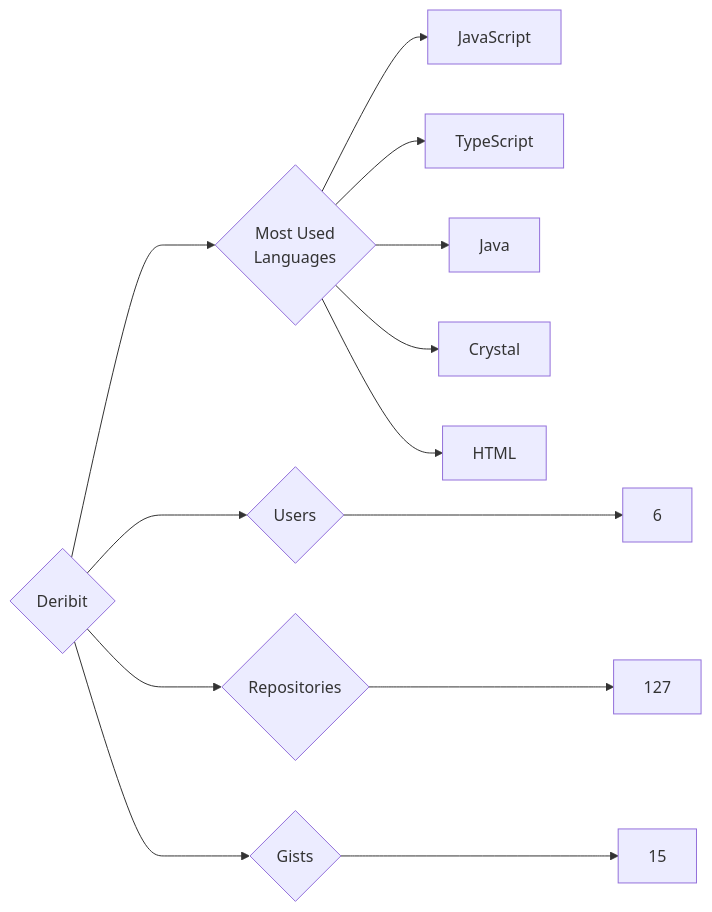
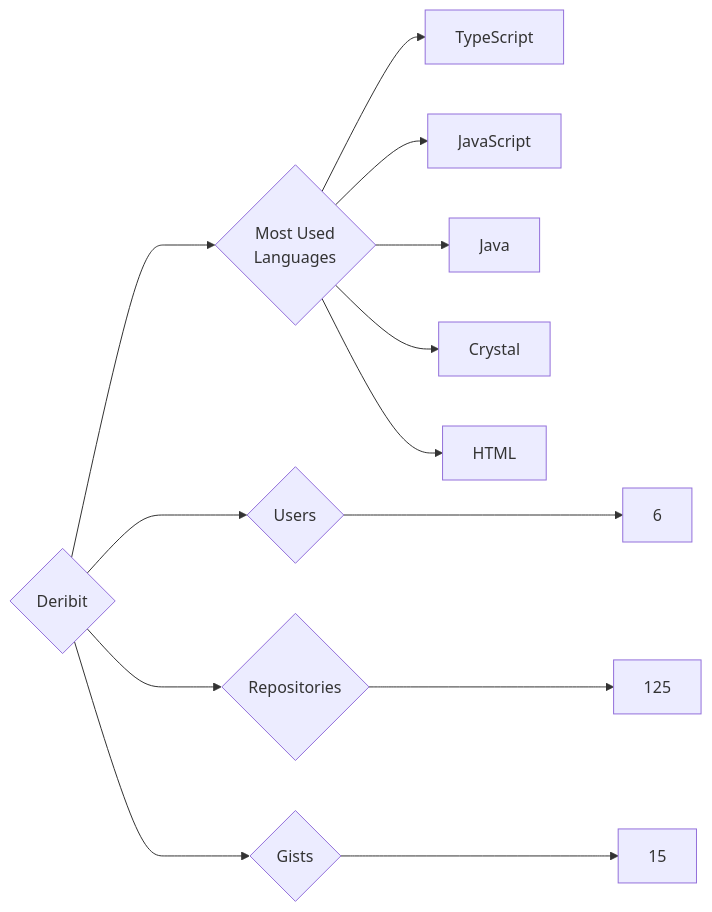
The diagram in targets/Deribit/README.md (trickest/insiders), drawn with Mermaid before and after one commit. The commit also changed 749 other files, not shown here.

````diff
--- a/targets/Deribit/README.md
+++ b/targets/Deribit/README.md
@@ -3,13 +3,13 @@
 ```mermaid
 graph LR
 COMPANY_NAME{Deribit}
 COMPANY_NAME ---> U{Users} ---> UN[6]
-COMPANY_NAME ---> R{Repositories} ---> RN[127]
+COMPANY_NAME ---> R{Repositories} ---> RN[125]
 COMPANY_NAME ---> G{Gists} ---> GN[15]
 COMPANY_NAME ---> ML{Most Used<br>Languages}
+ML --> TypeScript[TypeScript]
 ML --> JavaScript[JavaScript]
-ML --> TypeScript[TypeScript]
 ML --> Java[Java]
 ML --> Crystal[Crystal]
 ML --> HTML[HTML]
 ```
````
